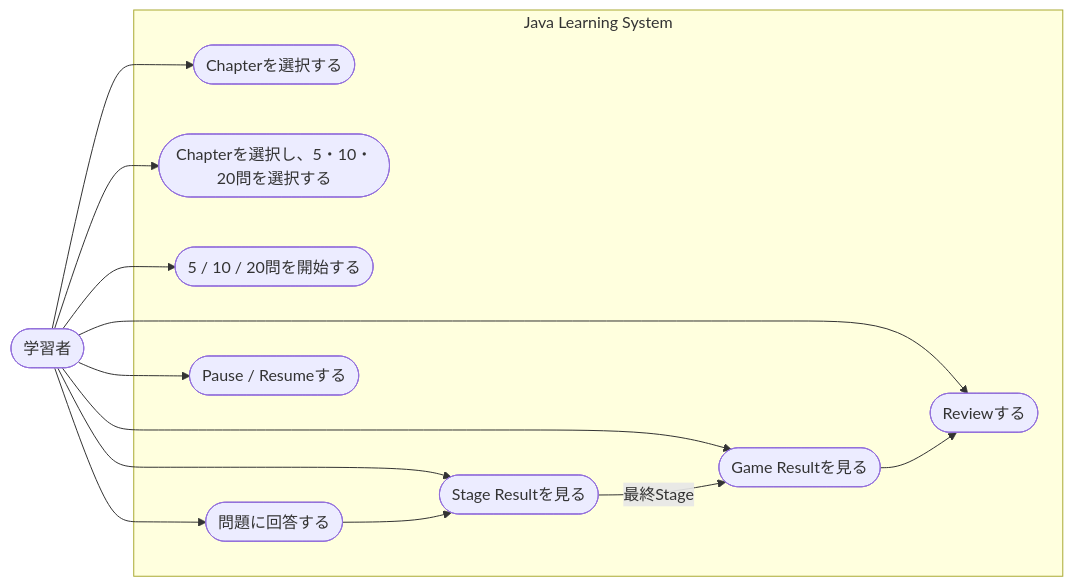
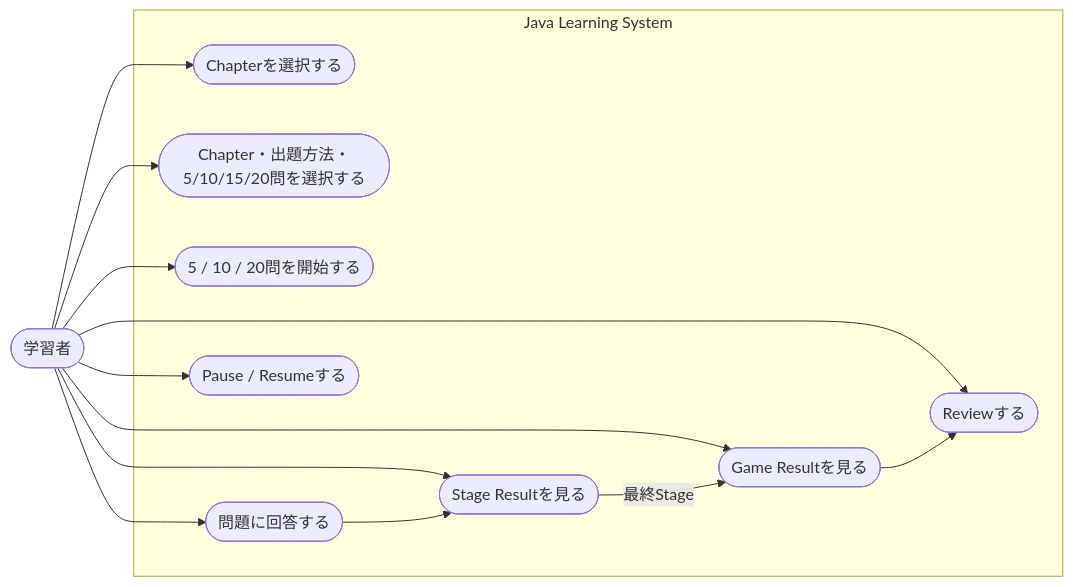
Diagram 17 of 29 in README.md (suu-dev-0203/graduation_JAVAgame), drawn with Mermaid before and after one commit. The commit also changed other lines of this file and 21 other files, not shown here.

````diff
--- a/README.md
+++ b/README.md
@@ -806,29 +807,29 @@
 ```mermaid
 flowchart LR
     USER([学習者])
 
     subgraph SYSTEM[Java Learning System]
         UC1([Chapterを選択する])
-        UC2([Chapterを選択し、5・10・20問を選択する])
+        UC2([Chapter・出題方法・5/10/15/20問を選択する])
         UC3([5 / 10 / 20問を開始する])
         UC4([問題に回答する])
         UC5([Pause / Resumeする])
         UC6([Stage Resultを見る])
         UC7([Game Resultを見る])
         UC8([Reviewする])
     end
 
     USER --> UC1
     USER --> UC2
     USER --> UC3
     USER --> UC4
     USER --> UC5
     USER --> UC6
     USER --> UC7
     USER --> UC8
 
     UC4 --> UC6
     UC6 -->|最終Stage| UC7
     UC7 --> UC8
 
 ```
````
